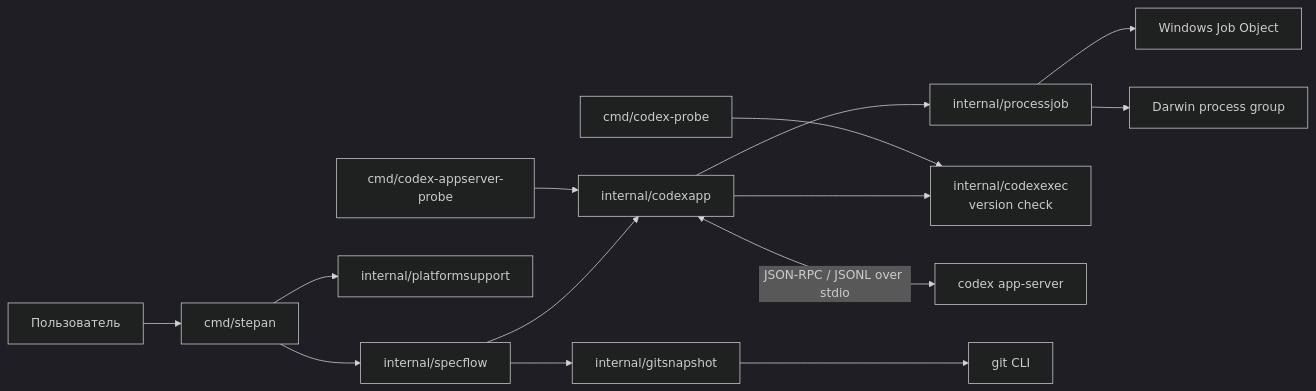
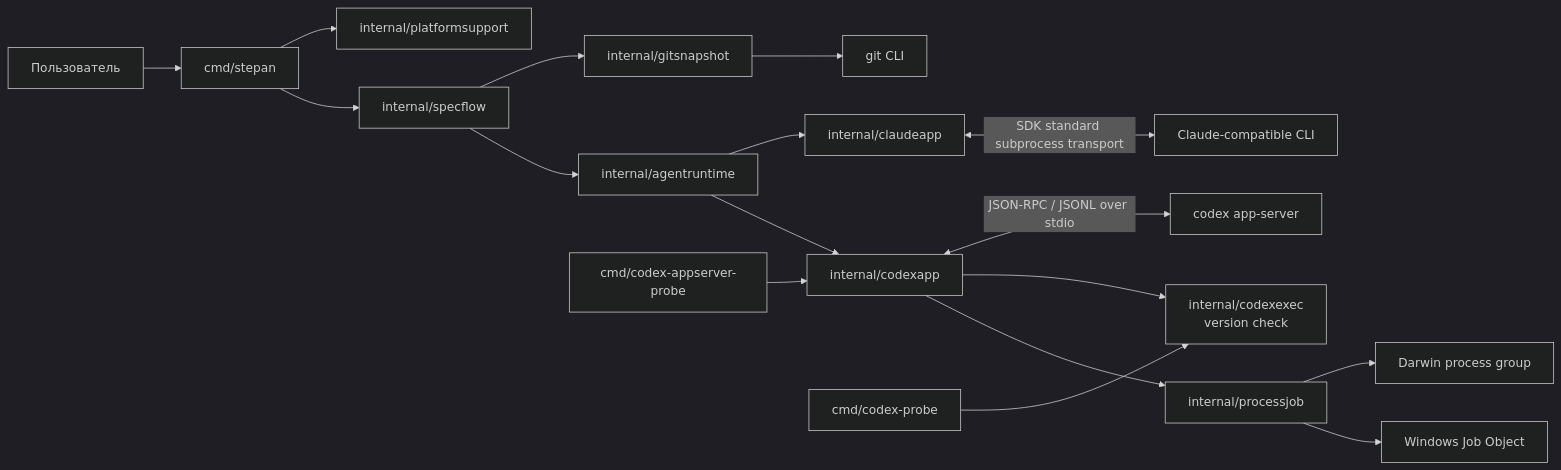
One commit to AndrMoiseev/stepan changed the first of 2 diagrams in docs/adr/0002-current-stack-and-architecture.md. Above: the diagram before and after it, drawn with Mermaid (dark theme). The commit also changed other lines of this file and 28 other files, not shown here.

````diff
--- a/docs/adr/0002-current-stack-and-architecture.md
+++ b/docs/adr/0002-current-stack-and-architecture.md
@@ -41,17 +43,20 @@
 ```mermaid
 flowchart LR
     User[Пользователь] --> CLI[cmd/stepan]
     CLI --> Flow[internal/specflow]
-    Flow --> App[internal/codexapp]
+    Flow --> Contract[internal/agentruntime]
+    Contract --> App[internal/codexapp]
+    Contract --> Claude[internal/claudeapp]
     Flow --> Git[internal/gitsnapshot]
     App --> Job[internal/processjob]
     CLI --> Platform[internal/platformsupport]
     App --> Legacy[internal/codexexec\nversion check]
     App <-->|JSON-RPC / JSONL over stdio| Codex[codex app-server]
+    Claude <-->|SDK standard subprocess transport| ClaudeCLI[Claude-compatible CLI]
     Git --> GitCLI[git CLI]
     Job --> Win[Windows Job Object]
     Job --> Mac[Darwin process group]
 
     Probe1[cmd/codex-appserver-probe] --> App
     Probe2[cmd/codex-probe] --> Legacy
 ```
````
